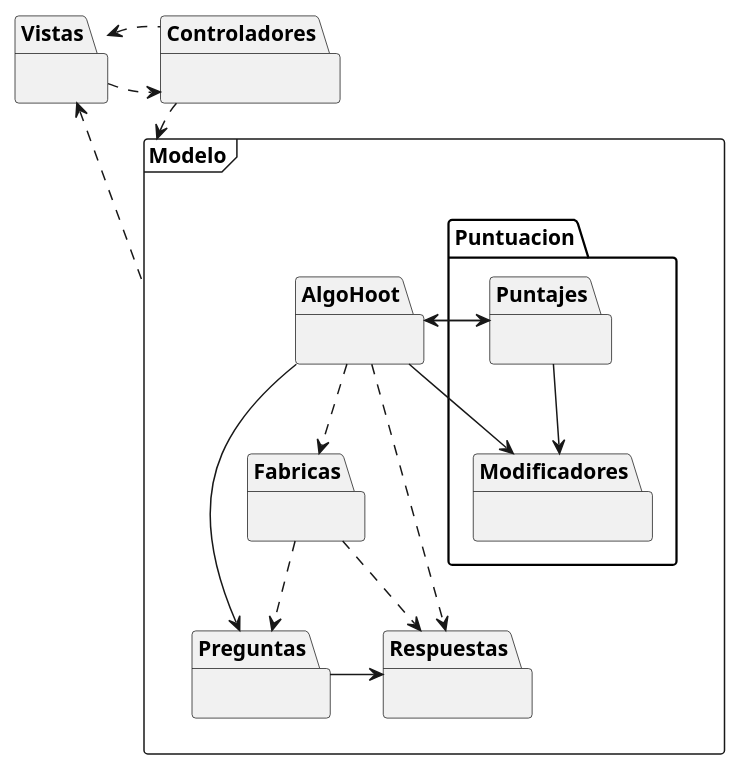
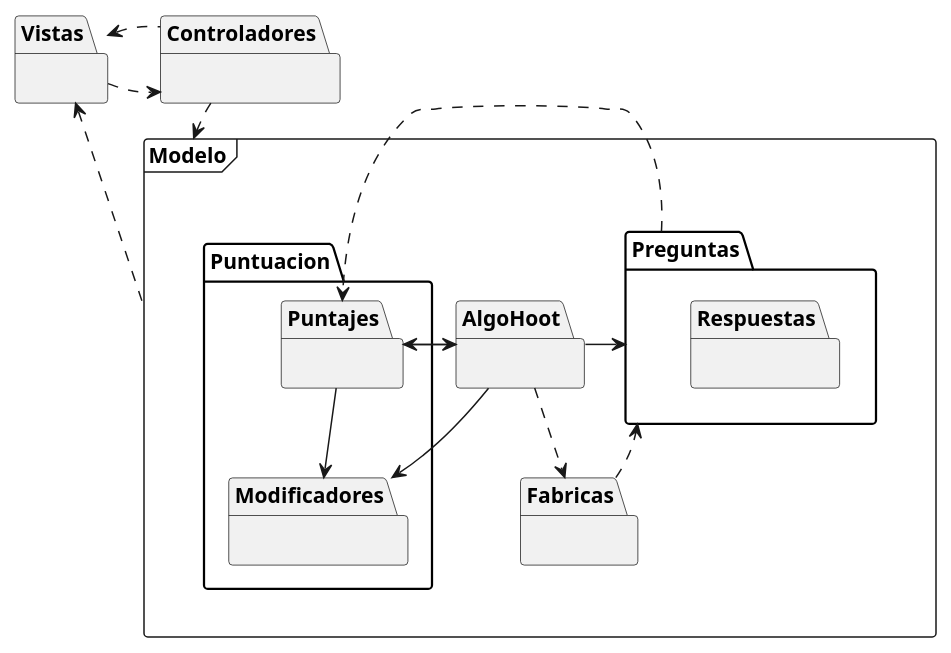
One commit to ValentinMarturet/ALGO3-TP2 changed the diagram in diagrams/classes/entregaFinal/PaquetesGeneral.puml. Above: the diagram before and after it, drawn with PlantUML.

Commit message:
Diagrama de paquetes nuevo

```diff
--- a/diagrams/classes/entregaFinal/PaquetesGeneral.puml
+++ b/diagrams/classes/entregaFinal/PaquetesGeneral.puml
@@ -1,64 +1,66 @@
 @startuml
 
 
 package Modelo <<Frame>> {
 
 }
 
 
 package Modelo.Preguntas {
 }
 package Modelo.Fabricas {
 }
 package Modelo.Puntuacion {
 }
 package Modelo.AlgoHoot {
 }
 
-package Modelo.Respuestas {
+package Modelo.Preguntas.Respuestas {
 
 }
 
 package Modelo.Puntuacion.Modificadores {
 
 }
 package Modelo.Puntuacion.Puntajes {
 
 }
 package Vistas {
 
 
 }
 
 package Controladores {
 
 }
 
 AlgoHoot -right-> Puntajes
-AlgoHoot --> Preguntas
+AlgoHoot -left-> Preguntas
 AlgoHoot ..> Fabricas
 Puntajes --> AlgoHoot
 Fabricas ..> Preguntas
 Puntajes --> Modificadores
 AlgoHoot --> Modificadores
-AlgoHoot ..> Respuestas
-Preguntas -> Respuestas
-Fabricas ..> Respuestas
+'AlgoHoot ..> Respuestas
+'Preguntas -> Respuestas
+'Fabricas ..> Respuestas
+Preguntas ..> Puntajes
+
 
 
 Modelo .up.> Vistas
 Controladores .down.> Modelo
 Vistas .right.> Controladores
 Controladores .left.> Vistas
 
 
 
 
 
 
 
 
 
 
 
 @enduml
```
